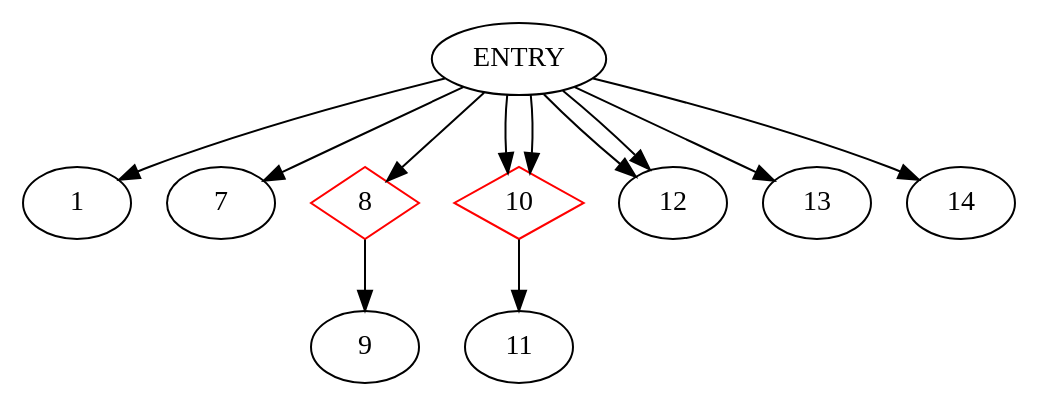
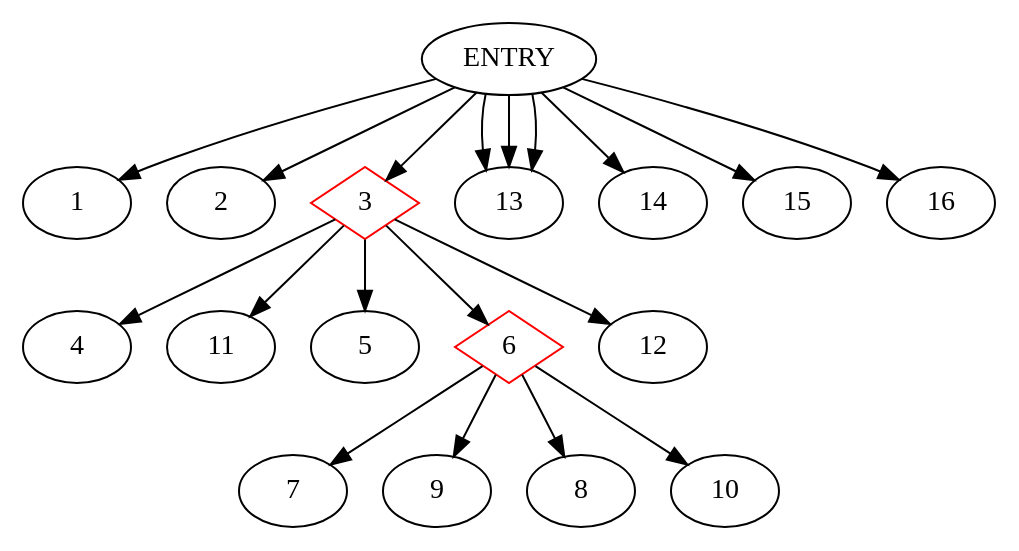
One commit to akshitij/TestgenRepo changed the diagram in Testgen/CDG.dot. Above: the diagram before and after it, drawn with Graphviz. The commit also changed 55 other files, not shown here.

```diff
--- a/Testgen/CDG.dot
+++ b/Testgen/CDG.dot
@@ -1,16 +1,22 @@
 digraph CDG {
 ENTRY -> 1
-ENTRY -> 7
-8 [shape=diamond, color=red]
-ENTRY -> 8
-8-> 9
-10 [shape=diamond, color=red]
-ENTRY -> 10
-10 [shape=diamond, color=red]
-ENTRY -> 10
-10-> 11
-ENTRY -> 12
-ENTRY -> 12
+ENTRY -> 2
+3 [shape=diamond, color=red]
+ENTRY -> 3
+3-> 4
+3-> 11
+3-> 5
+6 [shape=diamond, color=red]
+3-> 6
+6-> 7
+6-> 9
+6-> 8
+ENTRY -> 13
+6-> 10
+ENTRY -> 13
+3-> 12
 ENTRY -> 13
 ENTRY -> 14
+ENTRY -> 15
+ENTRY -> 16
 }
```
